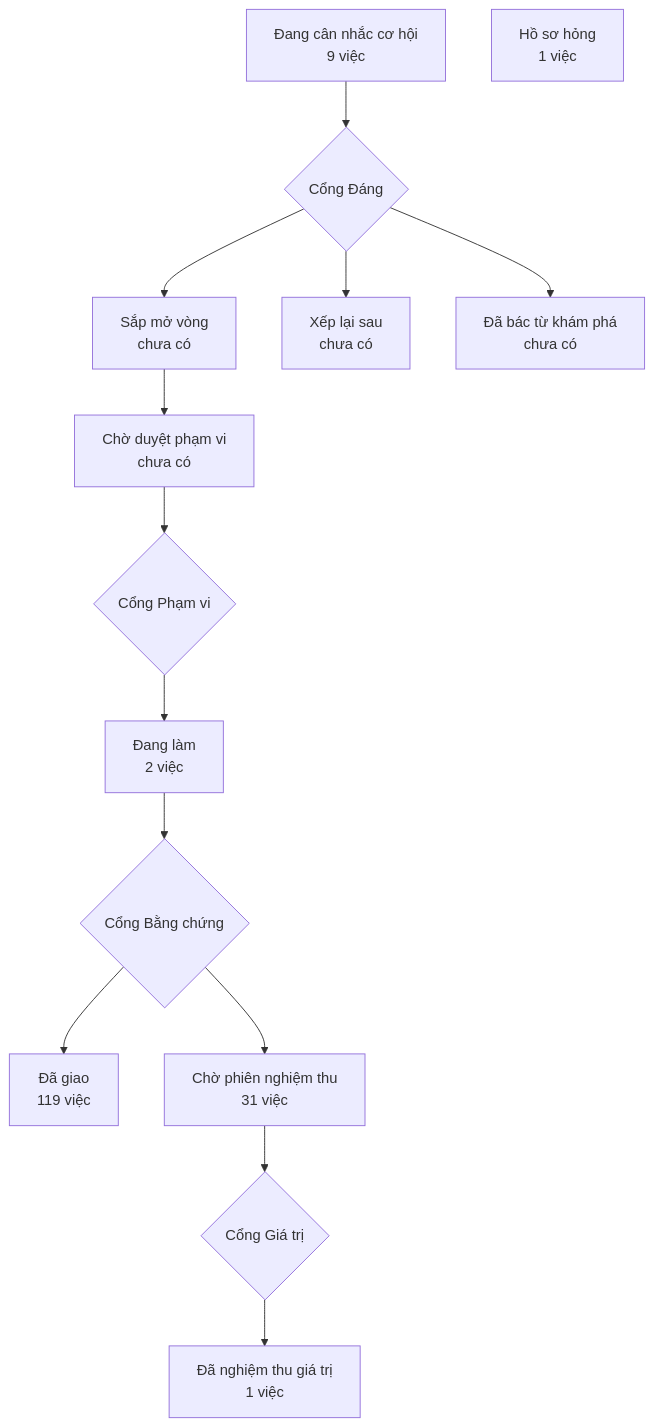
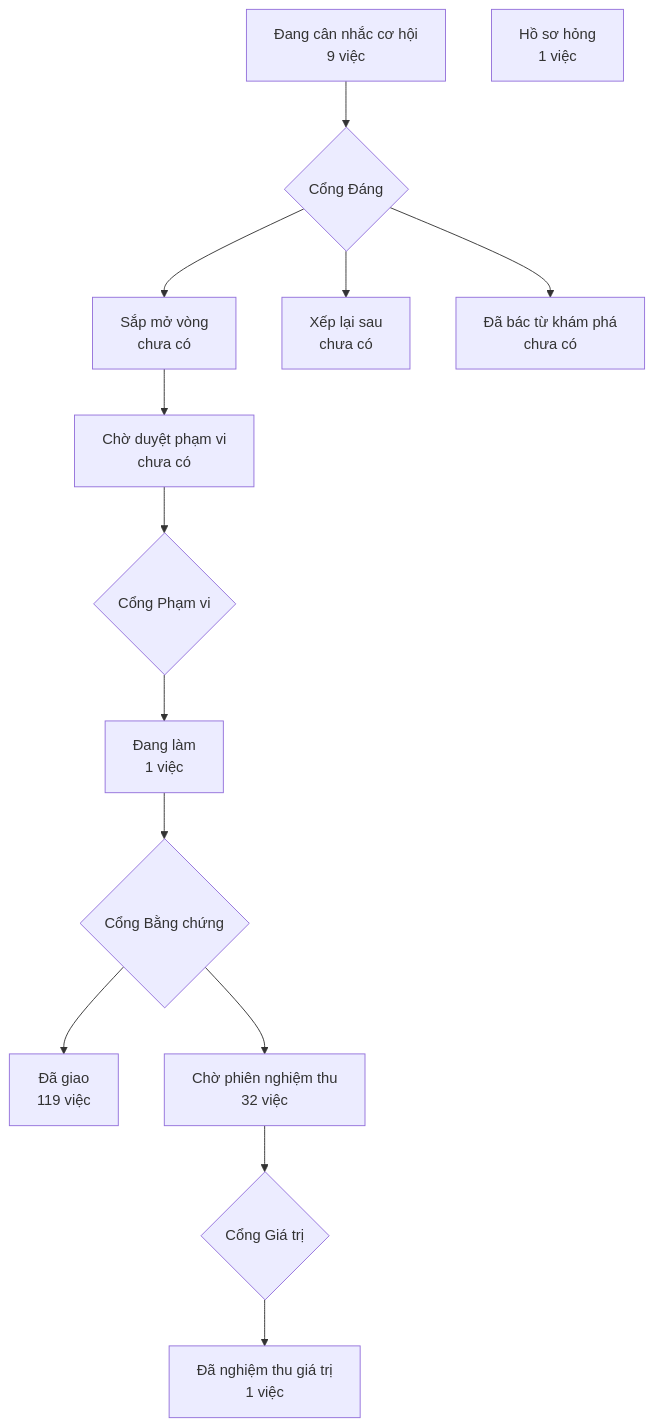
One commit to phanlemanh/crm-onehub changed the diagram in PRODUCT-MAP.md. Above: the diagram before and after it, drawn with Mermaid. The commit also changed 4 other files, not shown here.

````diff
--- a/PRODUCT-MAP.md
+++ b/PRODUCT-MAP.md
@@ -7,13 +7,13 @@
 ```mermaid
 flowchart TD
   A["Đang cân nhắc cơ hội<br/>9 việc"] --> GD{"Cổng Đáng"}
   GD --> B["Sắp mở vòng<br/>chưa có"]
   GD --> XL["Xếp lại sau<br/>chưa có"]
   GD --> DB["Đã bác từ khám phá<br/>chưa có"]
   B --> CD["Chờ duyệt phạm vi<br/>chưa có"] --> GP{"Cổng Phạm vi"}
-  GP --> DL["Đang làm<br/>2 việc"] --> GB{"Cổng Bằng chứng"}
+  GP --> DL["Đang làm<br/>1 việc"] --> GB{"Cổng Bằng chứng"}
   GB --> DG["Đã giao<br/>119 việc"]
-  GB --> CN["Chờ phiên nghiệm thu<br/>31 việc"] --> GG{"Cổng Giá trị"}
+  GB --> CN["Chờ phiên nghiệm thu<br/>32 việc"] --> GG{"Cổng Giá trị"}
   GG --> NT["Đã nghiệm thu giá trị<br/>1 việc"]
   HS["Hồ sơ hỏng<br/>1 việc"]
 ```
````
